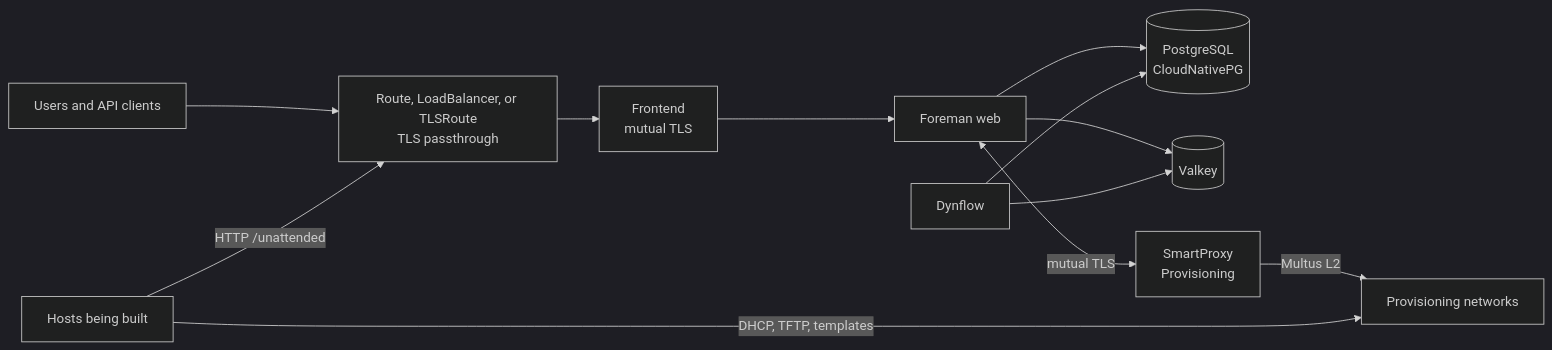
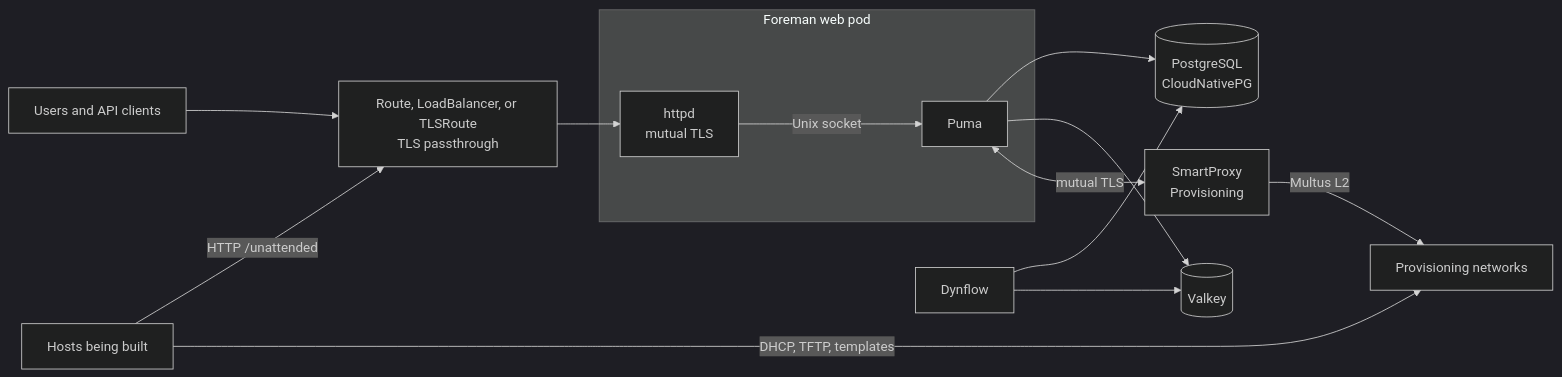
One commit to slauger/foreman-operator changed the diagram in README.md. Above: the diagram before and after it, drawn with Mermaid (dark theme). The commit also changed other lines of this file and 50 other files, not shown here.

First line of the commit message:
feat!: run the frontend as a sidecar of the Foreman web pods (#17)

````diff
--- a/README.md
+++ b/README.md
@@ -45,16 +45,18 @@
 ```mermaid
 flowchart LR
     Users["Users and API clients"] --> Edge["Route, LoadBalancer, or TLSRoute<br/>TLS passthrough"]
     Build["Hosts being built"] -->|"HTTP /unattended"| Edge
-    Edge --> Frontend["Frontend<br/>mutual TLS"]
-    Frontend --> Web["Foreman web"]
+    Edge --> Frontend
+    subgraph WebPod["Foreman web pod"]
+        Frontend["httpd<br/>mutual TLS"] -->|"Unix socket"| Web["Puma"]
+    end
 
     Web --> PG[("PostgreSQL<br/>CloudNativePG")]
     Web --> Valkey[("Valkey")]
     Dynflow["Dynflow"] --> PG
     Dynflow --> Valkey
 
     Web <-->|"mutual TLS"| Prov["SmartProxy<br/>Provisioning"]
     Prov -->|"Multus L2"| Net["Provisioning networks"]
     Build -->|"DHCP, TFTP, templates"| Net
 ```
````
